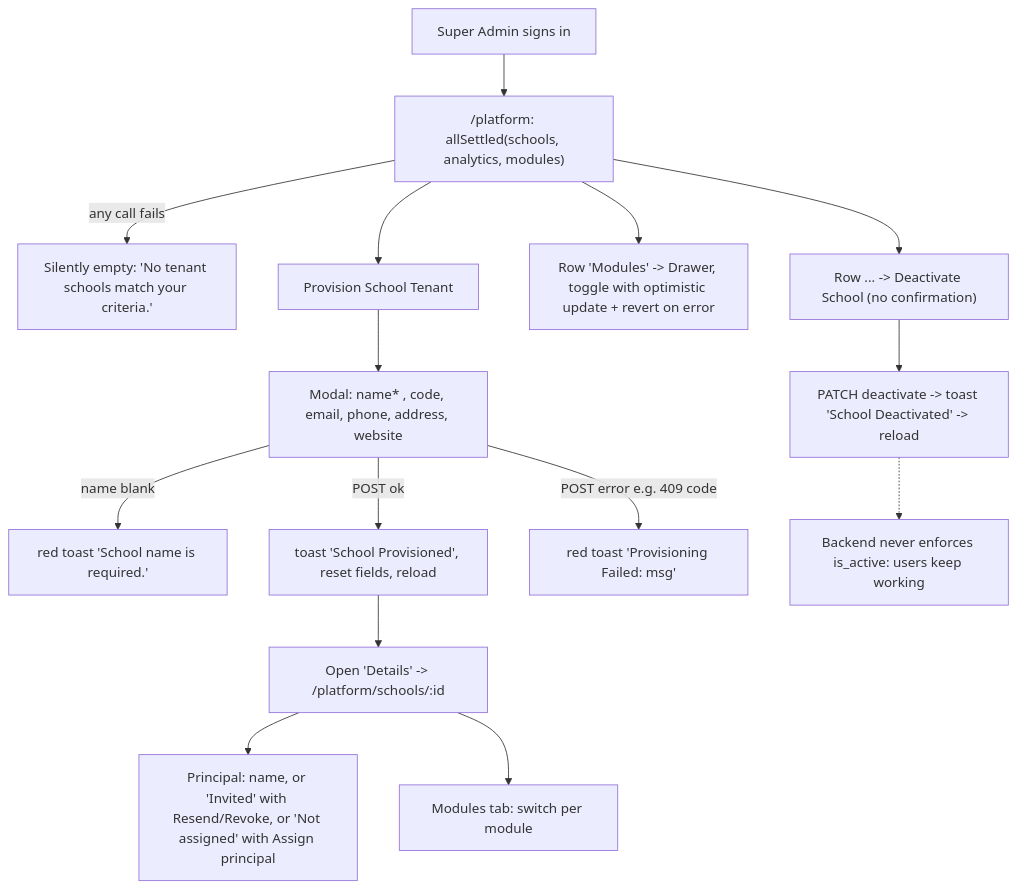
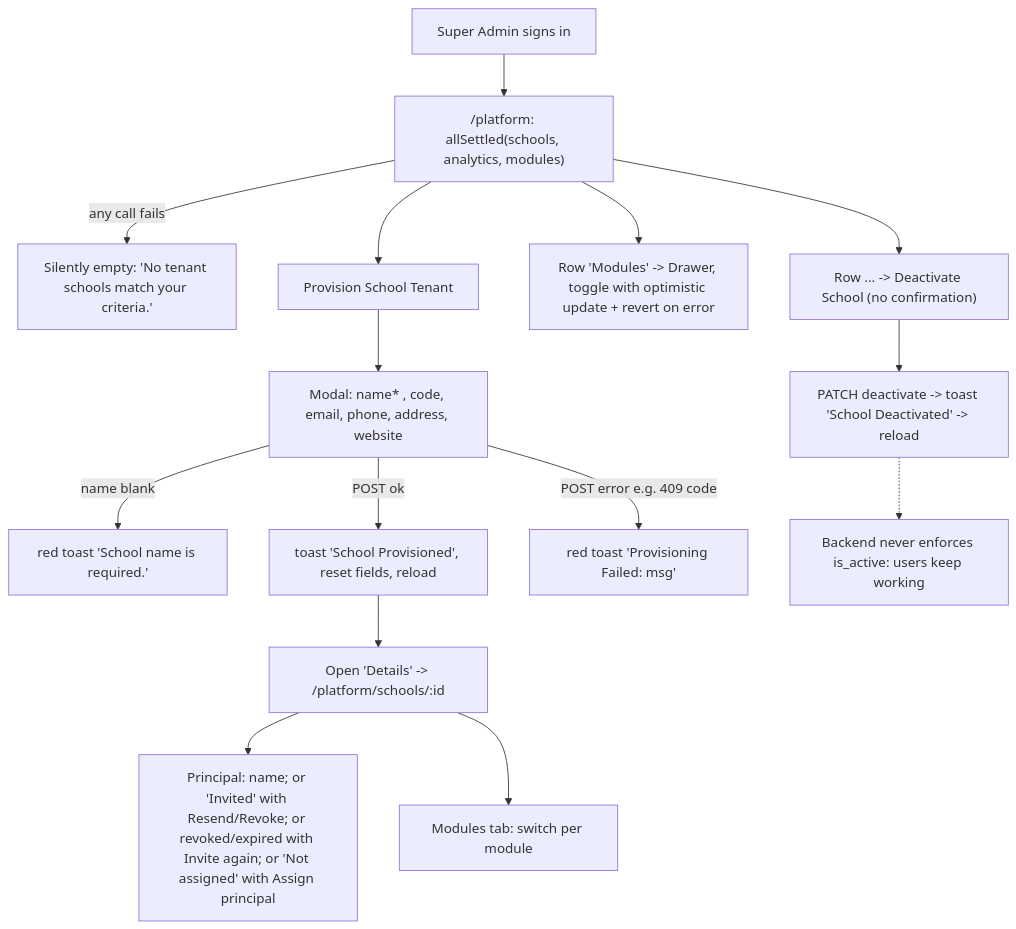
Before and after one commit to Fastrackgh/fastrack-home: the diagram in docs/user-flows/platform-provisioning.md, drawn with Mermaid. The commit also changed other lines of this file and 2 other files, not shown here.

Commit message:
fix(platform): invite a revoked or expired principal again; confirm before revoking (QA-253)
After a revoked or expired invitation the Principal card names the invitee
and offers Invite again, which resends and reopens it, because assigning the
same email gets 409. Assign someone else stays available beside it. Revoke
now asks for confirmation.

````diff
--- a/docs/user-flows/platform-provisioning.md
+++ b/docs/user-flows/platform-provisioning.md
@@ -27,17 +27,17 @@
 ```mermaid
 flowchart TD
   A[Super Admin signs in] --> B["/platform: allSettled(schools, analytics, modules)"]
   B -->|any call fails| B2["Silently empty: 'No tenant schools match your criteria.'"]
   B --> C[Provision School Tenant]
   C --> D["Modal: name* , code, email, phone, address, website"]
   D -->|name blank| D1[red toast 'School name is required.']
   D -->|POST ok| E[toast 'School Provisioned', reset fields, reload]
   D -->|POST error e.g. 409 code| D2[red toast 'Provisioning Failed: msg']
   E --> F["Open 'Details' -> /platform/schools/:id"]
-  F --> G["Principal: name, or 'Invited' with Resend/Revoke, or 'Not assigned' with Assign principal"]
+  F --> G["Principal: name; or 'Invited' with Resend/Revoke; or revoked/expired with Invite again; or 'Not assigned' with Assign principal"]
   F --> H["Modules tab: switch per module"]
   B --> I["Row 'Modules' -> Drawer, toggle with optimistic update + revert on error"]
   B --> J["Row ... -> Deactivate School (no confirmation)"]
   J --> K["PATCH deactivate -> toast 'School Deactivated' -> reload"]
   K -.-> L["Backend never enforces is_active: users keep working"]
 ```
````
